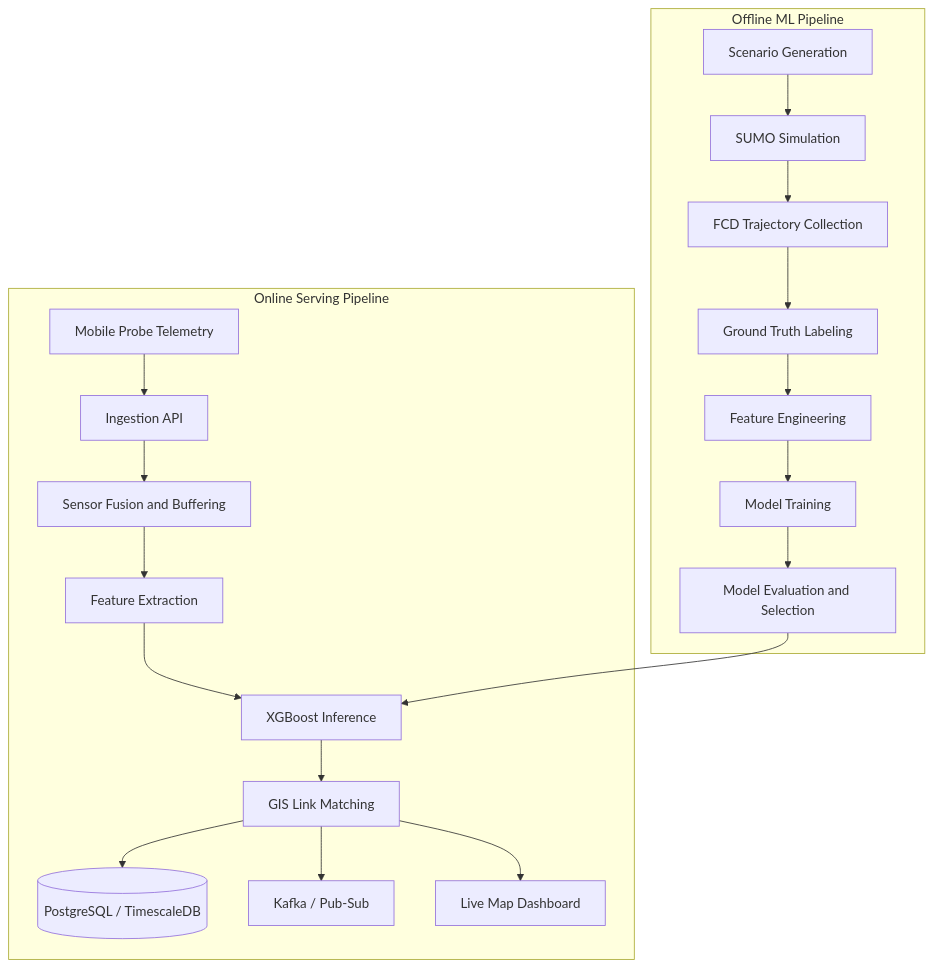
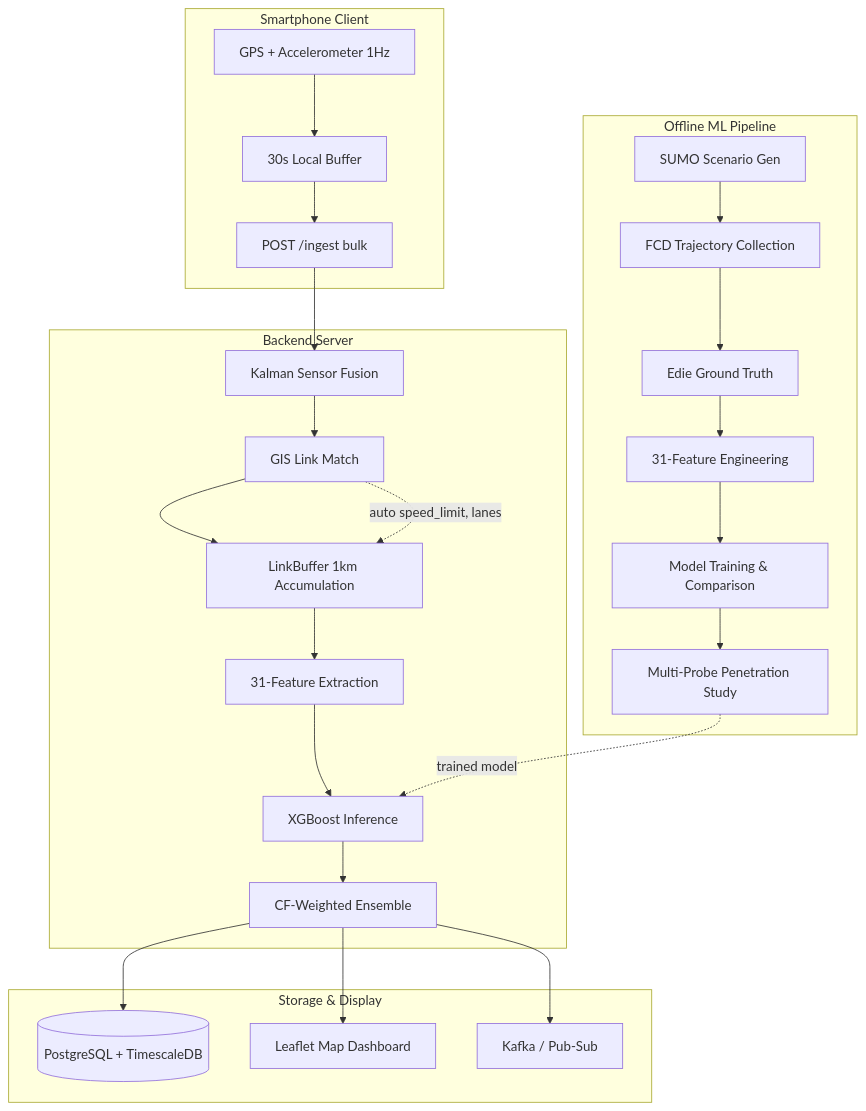
One commit to sewon-p/ml_project changed the first of 3 diagrams in README.md. Above: the diagram before and after it, drawn with Mermaid. The commit also changed other lines of this file and 48 other files, not shown here.

````diff
--- a/README.md
+++ b/README.md
@@ -54,24 +47,33 @@
 ```mermaid
 graph TB
     subgraph Offline["Offline ML Pipeline"]
-        A[Scenario Generation] --> B[SUMO Simulation]
-        B --> C[FCD Trajectory Collection]
-        C --> D[Ground Truth Labeling]
-        D --> E[Feature Engineering]
-        E --> F[Model Training]
-        F --> G[Model Evaluation and Selection]
+        A[SUMO Scenario Gen] --> B[FCD Trajectory Collection]
+        B --> C[Edie Ground Truth]
+        C --> D[31-Feature Engineering]
+        D --> E[Model Training & Comparison]
+        E --> F[Multi-Probe Penetration Study]
     end
 
-    subgraph Online["Online Serving Pipeline"]
-        H[Mobile Probe Telemetry] --> I[Ingestion API]
-        I --> J[Sensor Fusion and Buffering]
-        J --> K[Feature Extraction]
-        K --> L[XGBoost Inference]
-        L --> M[GIS Link Matching]
-        M --> N[(PostgreSQL / TimescaleDB)]
-        M --> O[Kafka / Pub-Sub]
-        M --> P[Live Map Dashboard]
+    subgraph Phone["Smartphone Client"]
+        G[GPS + Accelerometer 1Hz] --> H[30s Local Buffer]
+        H --> I[POST /ingest bulk]
     end
 
-    G --> L
+    subgraph Server["Backend Server"]
+        I --> J[Kalman Sensor Fusion]
+        J --> K[GIS Link Match]
+        K --> L[LinkBuffer 1km Accumulation]
+        L --> M[31-Feature Extraction]
+        M --> N[XGBoost Inference]
+        N --> O[CF-Weighted Ensemble]
+    end
+
+    subgraph Output["Storage & Display"]
+        O --> P[(PostgreSQL + TimescaleDB)]
+        O --> Q[Leaflet Map Dashboard]
+        O --> R[Kafka / Pub-Sub]
+    end
+
+    F -.->|trained model| N
+    K -.->|auto speed_limit, lanes| L
 ```
````
